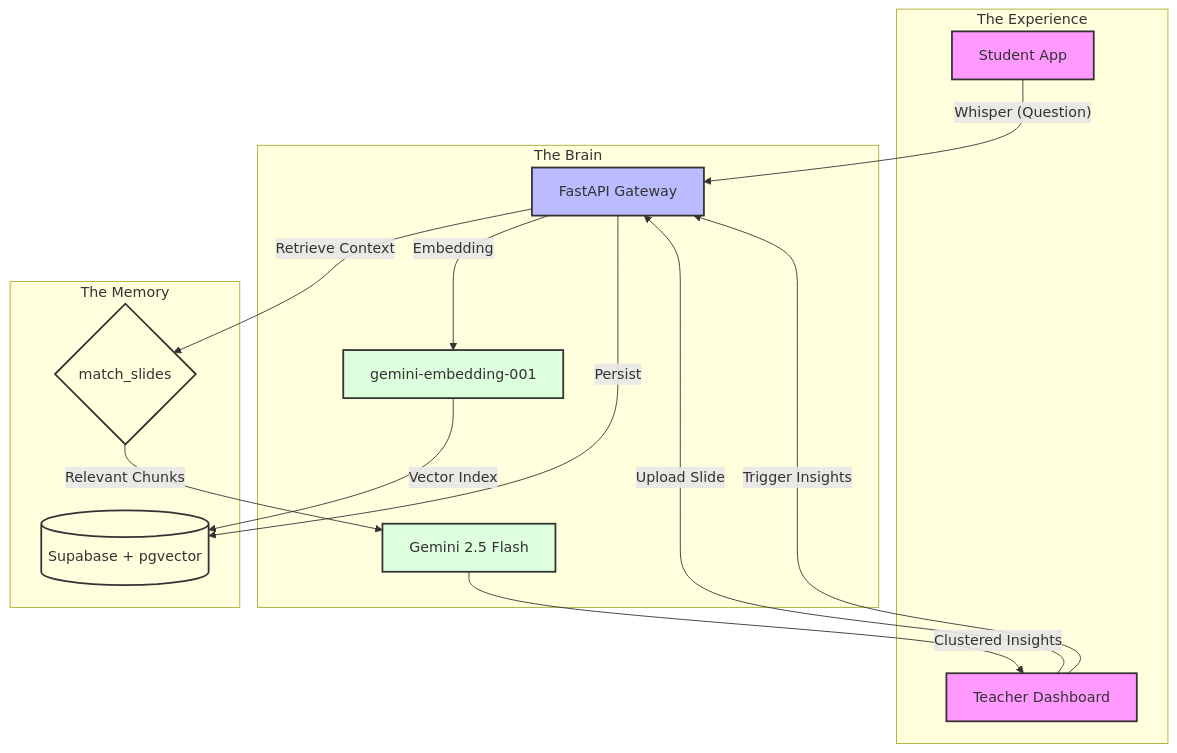
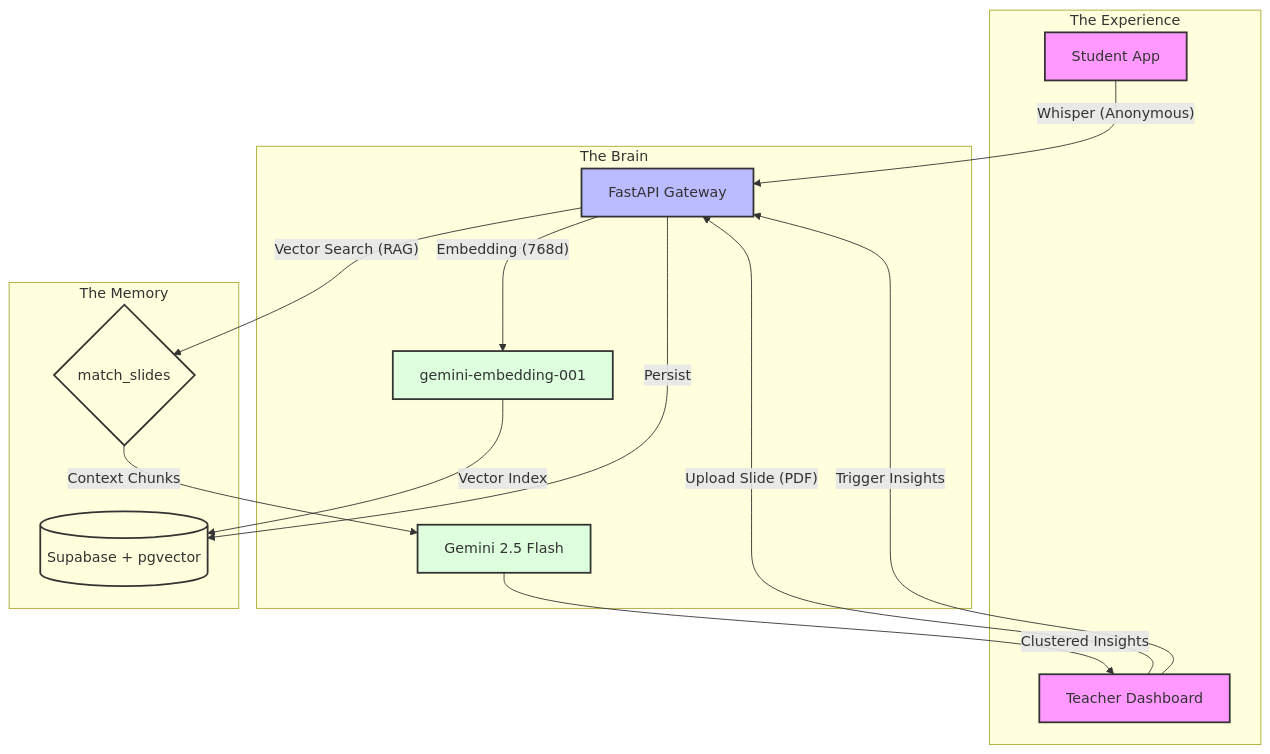
Before and after one commit to MarkeloPuangpoo/WhisperHunt-AI: the diagram in README.md, drawn with Mermaid. The commit also changed other lines of this file, not shown here.

````diff
--- a/README.md
+++ b/README.md
@@ -25,37 +33,37 @@
 ```mermaid
 graph TD
     %% Global Styles
     classDef frontend fill:#f9f,stroke:#333,stroke-width:2px;
     classDef backend fill:#bbf,stroke:#333,stroke-width:2px;
     classDef ai fill:#dfd,stroke:#333,stroke-width:2px;
     classDef db fill:#ffd,stroke:#333,stroke-width:2px;
 
     subgraph "The Experience"
         S[Student App]:::frontend
         T[Teacher Dashboard]:::frontend
     end
 
     subgraph "The Brain"
         API[FastAPI Gateway]:::backend
         EMB[gemini-embedding-001]:::ai
         GEN[Gemini 2.5 Flash]:::ai
     end
 
     subgraph "The Memory"
         DB[(Supabase + pgvector)]:::db
         VEC{match_slides}:::db
     end
 
     %% Flows
-    T -- "Upload Slide" --> API
-    API -- "Embedding" --> EMB
+    T -- "Upload Slide (PDF)" --> API
+    API -- "Embedding (768d)" --> EMB
     EMB -- "Vector Index" --> DB
 
-    S -- "Whisper (Question)" --> API
+    S -- "Whisper (Anonymous)" --> API
     API -- "Persist" --> DB
 
     T -- "Trigger Insights" --> API
-    API -- "Retrieve Context" --> VEC
-    VEC -- "Relevant Chunks" --> GEN
+    API -- "Vector Search (RAG)" --> VEC
+    VEC -- "Context Chunks" --> GEN
     GEN -- "Clustered Insights" --> T
 ```
````
